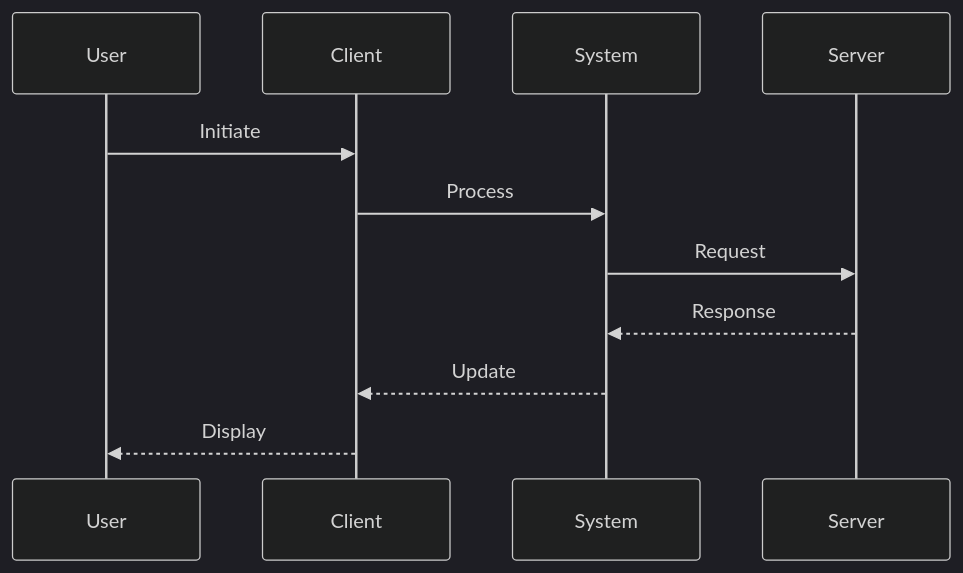
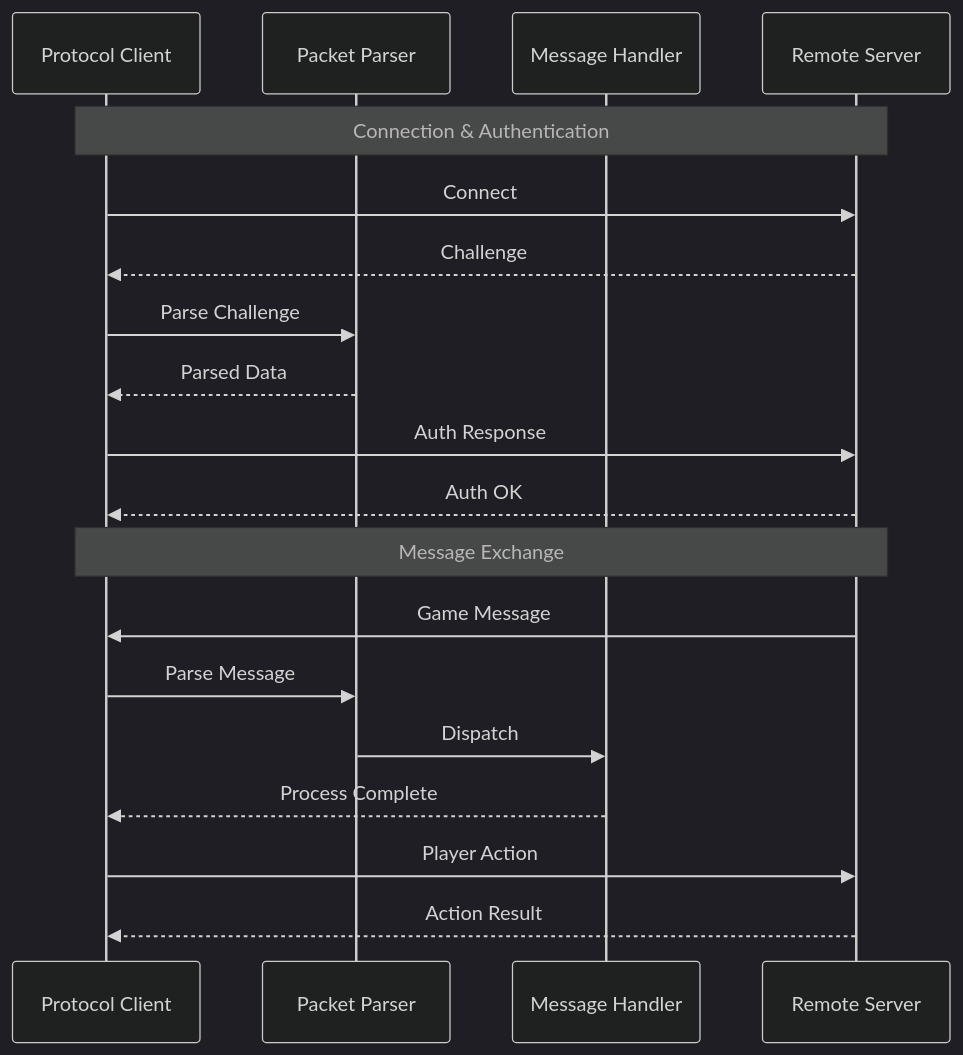
Before and after one commit to lukaszj321/otcv8-dev: the diagram in docs/authoring/01_core/api/cpp/framework/diagrams/protocol.mmd, drawn with Mermaid. The commit also changed 3 other files, not shown here.

First line of the commit message:
Improve diagram quality based on code review feedback

```diff
--- a/docs/authoring/01_core/api/cpp/framework/diagrams/protocol.mmd
+++ b/docs/authoring/01_core/api/cpp/framework/diagrams/protocol.mmd
@@ -1,13 +1,23 @@
 %%{init: {'theme':'dark','themeVariables': {'primaryTextColor':'#ddd','lineColor':'#9aa0a6'}, 'securityLevel':'loose'}}%%
 sequenceDiagram
-    participant User
-    participant Client
-    participant System
-    participant Server
+    participant Client as Protocol Client
+    participant Parser as Packet Parser
+    participant Handler as Message Handler
+    participant Server as Remote Server
     
-    User->>Client: Initiate
-    Client->>System: Process
-    System->>Server: Request
-    Server-->>System: Response
-    System-->>Client: Update
-    Client-->>User: Display
+    Note over Client,Server: Connection & Authentication
+    Client->>Server: Connect
+    Server-->>Client: Challenge
+    Client->>Parser: Parse Challenge
+    Parser-->>Client: Parsed Data
+    Client->>Server: Auth Response
+    Server-->>Client: Auth OK
+    
+    Note over Client,Server: Message Exchange
+    Server->>Client: Game Message
+    Client->>Parser: Parse Message
+    Parser->>Handler: Dispatch
+    Handler-->>Client: Process Complete
+    
+    Client->>Server: Player Action
+    Server-->>Client: Action Result
```
